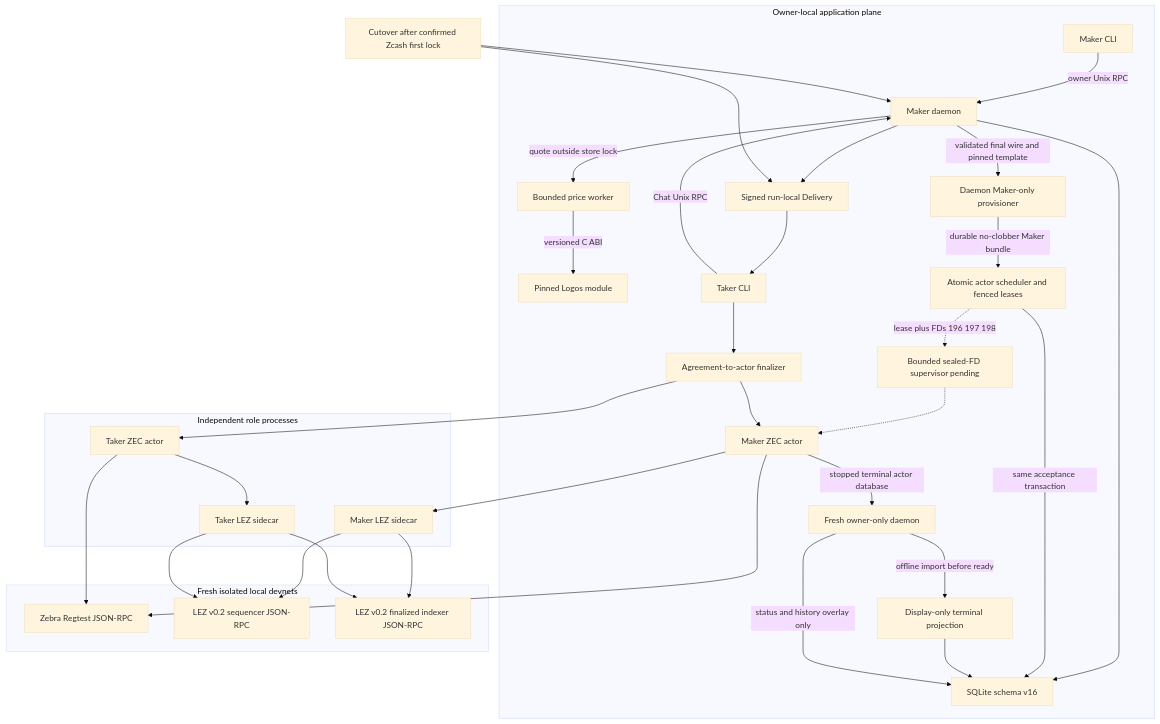
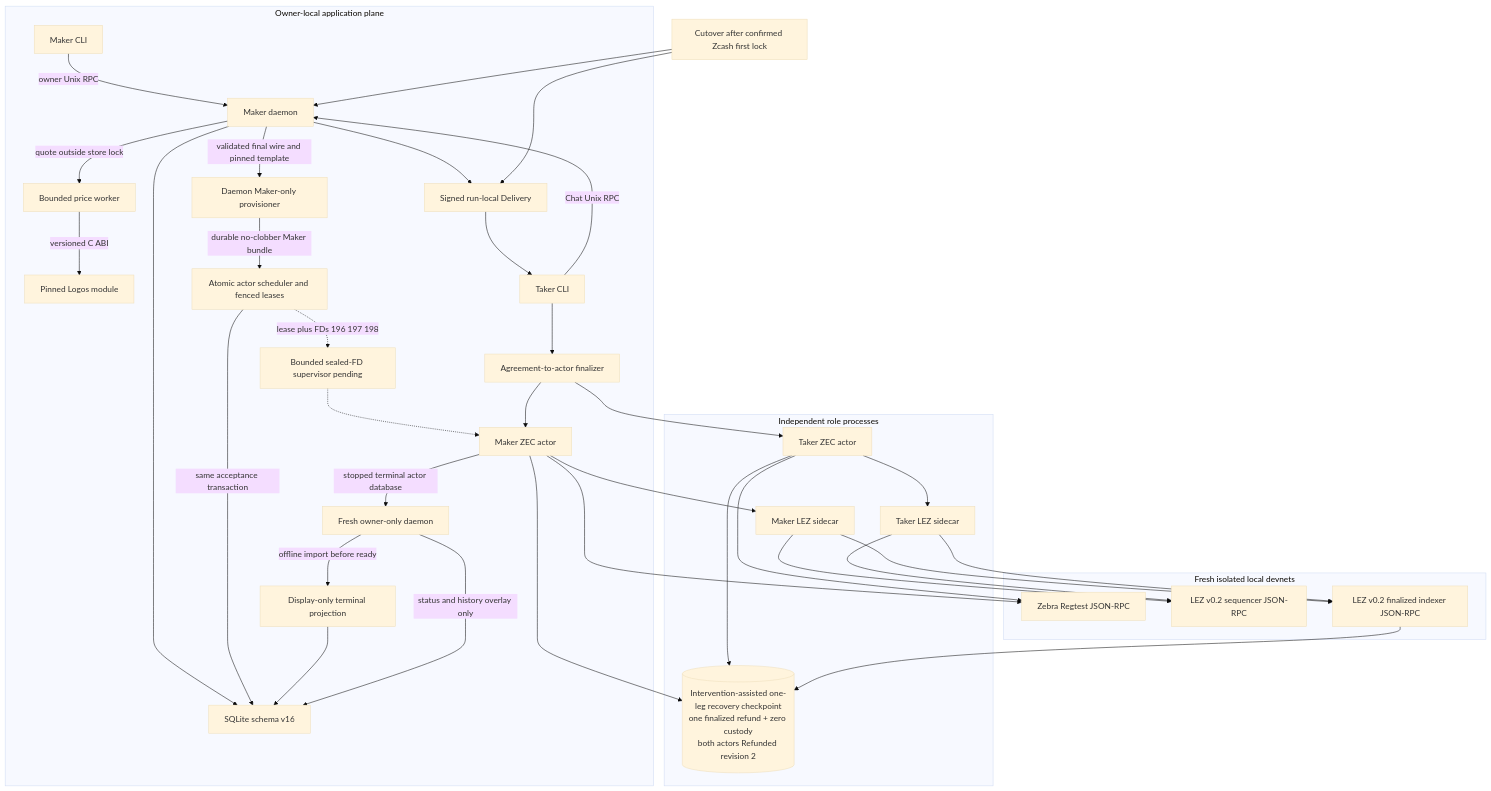
Before and after one commit to gateway-fm/lez-atomic-swaps: the ninth of 18 diagrams in docs/architecture/deployment-components-and-rpcs.md, drawn with Mermaid (base theme). The commit also changed other lines of this file and 18 other files, not shown here.

Commit message:
feat(m5): recover one-leg zec refunds

````diff
--- a/docs/architecture/deployment-components-and-rpcs.md
+++ b/docs/architecture/deployment-components-and-rpcs.md
@@ -813,61 +813,65 @@
 ```mermaid
 flowchart TB
     subgraph App[Owner-local application plane]
         MakerCli[Maker CLI]
         Daemon[Maker daemon]
         Store[SQLite schema v16]
         TerminalView[Display-only terminal projection]
         TerminalDaemon[Fresh owner-only daemon]
         PriceWorker[Bounded price worker]
         PriceModule[Pinned Logos module]
         Delivery[Signed run-local Delivery]
         TakerCli[Taker CLI]
         Finalizer[Agreement-to-actor finalizer]
         Provisioner[Daemon Maker-only provisioner]
         Scheduler[Atomic actor scheduler and fenced leases]
         Supervisor[Bounded sealed-FD supervisor pending]
         MakerCli -->|owner Unix RPC| Daemon
         Daemon --> Store
         Daemon --> Delivery
         Delivery --> TakerCli
         TakerCli -->|Chat Unix RPC| Daemon
         Daemon -->|quote outside store lock| PriceWorker
         PriceWorker -->|versioned C ABI| PriceModule
         Daemon -->|validated final wire and pinned template| Provisioner
         Provisioner -->|durable no-clobber Maker bundle| Scheduler
         Scheduler -->|same acceptance transaction| Store
         Scheduler -.->|lease plus FDs 196 197 198| Supervisor
         Supervisor -.-> MakerActor
         TakerCli --> Finalizer
         TerminalDaemon -->|offline import before ready| TerminalView
         TerminalView --> Store
         TerminalDaemon -->|status and history overlay only| Store
     end
 
     subgraph Roles[Independent role processes]
         MakerActor[Maker ZEC actor]
         TakerActor[Taker ZEC actor]
         MakerSidecar[Maker LEZ sidecar]
         TakerSidecar[Taker LEZ sidecar]
+        RecoveryProof[("Intervention-assisted one-leg recovery checkpoint<br/>one finalized refund + zero custody<br/>both actors Refunded revision 2")]
         Finalizer --> MakerActor
         Finalizer --> TakerActor
         MakerActor --> MakerSidecar
         TakerActor --> TakerSidecar
         MakerActor -->|stopped terminal actor database| TerminalDaemon
     end
 
     subgraph Nodes[Fresh isolated local devnets]
         Zebra[Zebra Regtest JSON-RPC]
         Sequencer[LEZ v0.2 sequencer JSON-RPC]
         Indexer[LEZ v0.2 finalized indexer JSON-RPC]
     end
 
     MakerActor --> Zebra
     TakerActor --> Zebra
     MakerSidecar --> Sequencer
     MakerSidecar --> Indexer
     TakerSidecar --> Sequencer
     TakerSidecar --> Indexer
+    MakerActor --> RecoveryProof
+    TakerActor --> RecoveryProof
+    Indexer --> RecoveryProof
     Cutover[Cutover after confirmed Zcash first lock] --> Daemon
     Cutover --> Delivery
 ```
````
